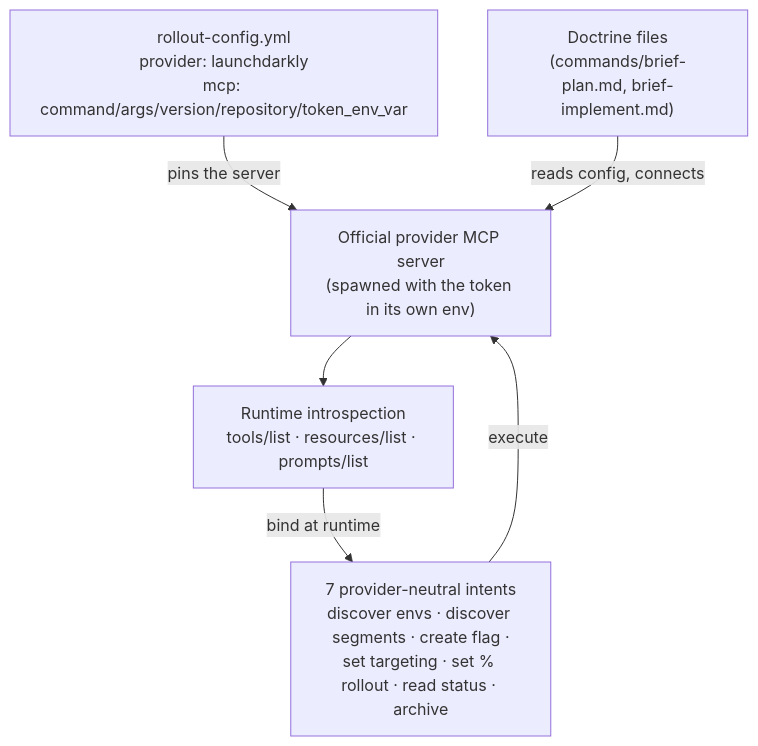
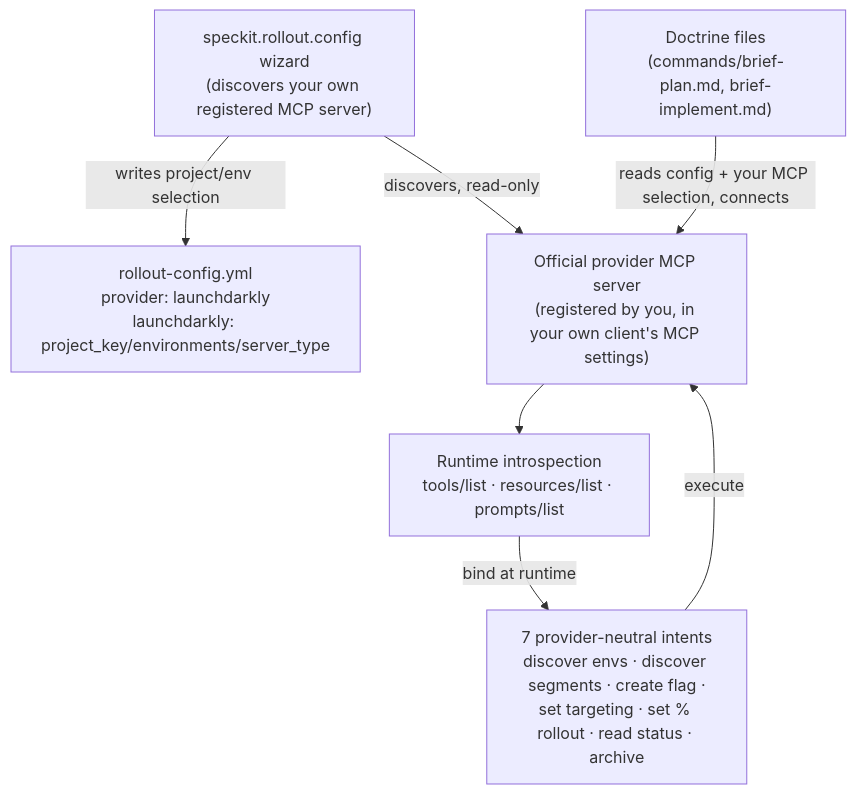
The diagram in docs/providers.md (Fyloss/spec-kit-rollout), drawn with Mermaid before and after one commit. The commit also changed other lines of this file and 16 other files, not shown here.

````diff
--- a/docs/providers.md
+++ b/docs/providers.md
@@ -18,14 +18,16 @@
 ```mermaid
 flowchart TB
+    Wizard["speckit.rollout.config wizard\n(discovers your own registered MCP server)"]
     Doctrine["Doctrine files\n(commands/brief-plan.md, brief-implement.md)"]
-    Config["rollout-config.yml\nprovider: launchdarkly\nmcp: command/args/version/repository/token_env_var"]
-    MCP["Official provider MCP server\n(spawned with the token in its own env)"]
+    Config["rollout-config.yml\nprovider: launchdarkly\nlaunchdarkly: project_key/environments/server_type"]
+    MCP["Official provider MCP server\n(registered by you, in your own client's MCP settings)"]
     Introspect["Runtime introspection\ntools/list · resources/list · prompts/list"]
     Intents["7 provider-neutral intents\ndiscover envs · discover segments · create flag ·\nset targeting · set % rollout · read status · archive"]
 
-    Config -->|pins the server| MCP
-    Doctrine -->|reads config, connects| MCP
+    Wizard -->|discovers, read-only| MCP
+    Wizard -->|writes project/env selection| Config
+    Doctrine -->|reads config + your MCP selection, connects| MCP
     MCP --> Introspect
     Introspect -->|bind at runtime| Intents
     Intents -->|execute| MCP
 ```
````
